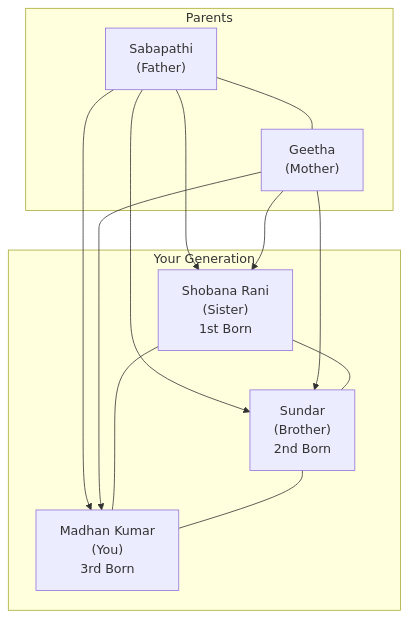
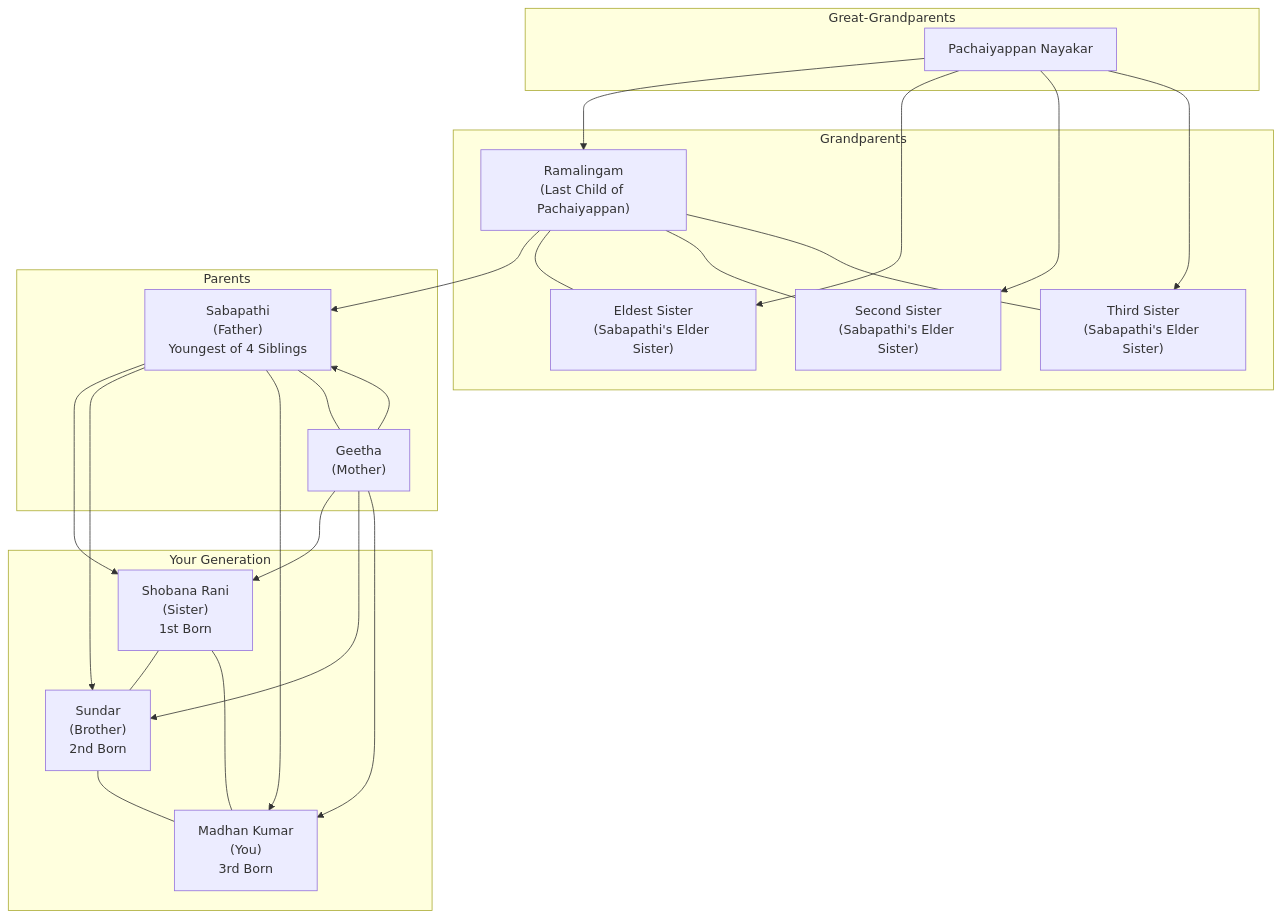
One commit to madhankumar866/family-tree-genealogy-system changed the diagram in docs/family.mmd. Above: the diagram before and after it, drawn with Mermaid. The commit also changed 1 other file, not shown here.

Commit message:
Add extended family: Pachaiyappan Nayakar (great-grandfather), Ramalingam (grandfather), and 3 elder sisters of Sabapathi

```diff
--- a/docs/family.mmd
+++ b/docs/family.mmd
@@ -1,22 +1,45 @@
 flowchart TB
-  subgraph G1["Parents"]
-    P1["Sabapathi<br/>(Father)"]
+  subgraph G0["Great-Grandparents"]
+    GGF["Pachaiyappan Nayakar"]
+  end
+
+  subgraph G1["Grandparents"]
+    GP1["Ramalingam<br/>(Last Child of Pachaiyappan)"]
+    AS1["Eldest Sister<br/>(Sabapathi's Elder Sister)"]
+    AS2["Second Sister<br/>(Sabapathi's Elder Sister)"]
+    AS3["Third Sister<br/>(Sabapathi's Elder Sister)"]
+  end
+
+  subgraph G2["Parents"]
+    P1["Sabapathi<br/>(Father)<br/>Youngest of 4 Siblings"]
     P2["Geetha<br/>(Mother)"]
   end
 
-  subgraph G2["Your Generation"]
+  subgraph G3["Your Generation"]
     S1["Shobana Rani<br/>(Sister)<br/>1st Born"]
     S2["Sundar<br/>(Brother)<br/>2nd Born"]
     S3["Madhan Kumar<br/>(You)<br/>3rd Born"]
   end
 
+  GGF --> GP1
+  GGF --> AS1
+  GGF --> AS2
+  GGF --> AS3
+  
+  GP1 --> P1
+  P2 --> P1
+  
   P1 --> S1
   P2 --> S1
   P1 --> S2
   P2 --> S2
   P1 --> S3
   P2 --> S3
+  
   S1 --- S2
   S1 --- S3
   S2 --- S3
   P1 --- P2
+  GP1 --- AS1
+  GP1 --- AS2
+  GP1 --- AS3
```
